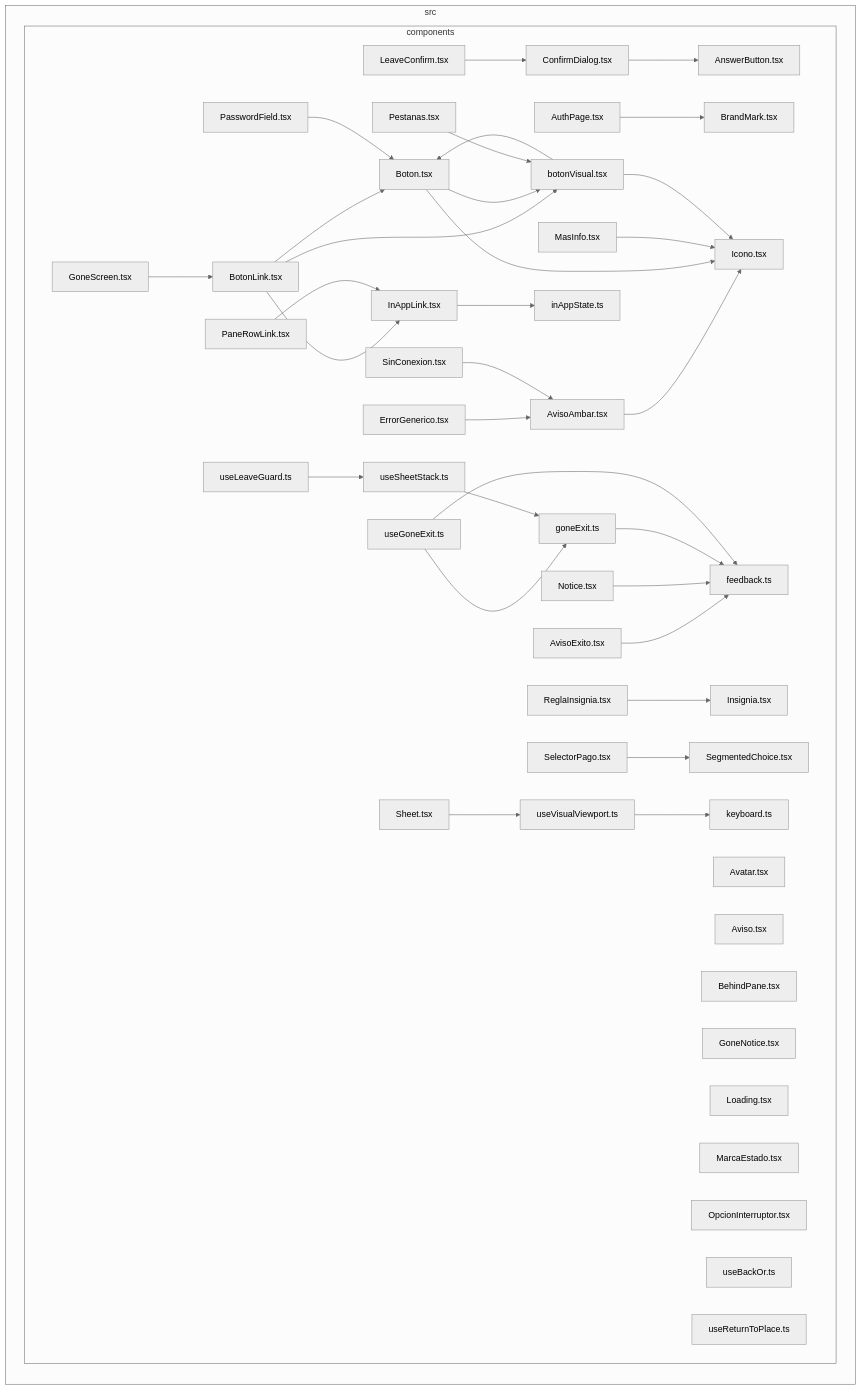
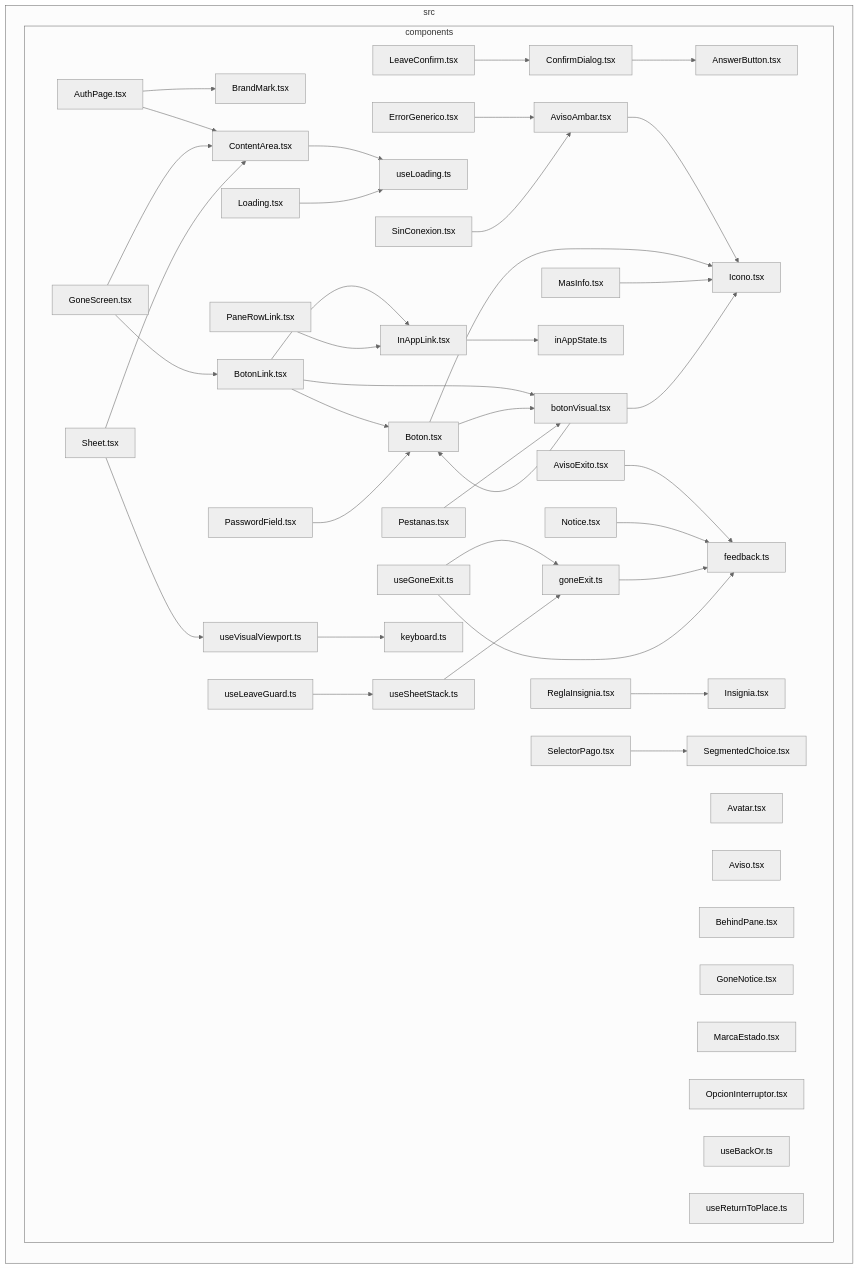
The diagram in docs/architecture/generated/front-modules/components.md (GonzaloZevallos/apostrophe), drawn with Mermaid (neutral theme) before and after one commit.

Commit message:
Regenerate the components module graph for ContentArea and useLoading

```diff
--- a/docs/architecture/generated/front-modules/components.md
+++ b/docs/architecture/generated/front-modules/components.md
@@ -19,6 +19,7 @@
     src_components_Boton_tsx["Boton.tsx"]
     src_components_BrandMark_tsx["BrandMark.tsx"]
     src_components_ConfirmDialog_tsx["ConfirmDialog.tsx"]
+    src_components_ContentArea_tsx["ContentArea.tsx"]
     src_components_ErrorGenerico_tsx["ErrorGenerico.tsx"]
     src_components_GoneNotice_tsx["GoneNotice.tsx"]
     src_components_GoneScreen_tsx["GoneScreen.tsx"]
@@ -47,12 +48,14 @@
     src_components_useBackOr_ts["useBackOr.ts"]
     src_components_useGoneExit_ts["useGoneExit.ts"]
     src_components_useLeaveGuard_ts["useLeaveGuard.ts"]
+    src_components_useLoading_ts["useLoading.ts"]
     src_components_useReturnToPlace_ts["useReturnToPlace.ts"]
     src_components_useSheetStack_ts["useSheetStack.ts"]
     src_components_useVisualViewport_ts["useVisualViewport.ts"]
   end
 end
 src_components_AuthPage_tsx-->src_components_BrandMark_tsx
+src_components_AuthPage_tsx-->src_components_ContentArea_tsx
 src_components_AvisoAmbar_tsx-->src_components_Icono_tsx
 src_components_AvisoExito_tsx-->src_components_feedback_ts
 src_components_BotonLink_tsx-->src_components_Boton_tsx
@@ -61,10 +64,13 @@
 src_components_Boton_tsx-->src_components_Icono_tsx
 src_components_Boton_tsx-->src_components_botonVisual_tsx
 src_components_ConfirmDialog_tsx-->src_components_AnswerButton_tsx
+src_components_ContentArea_tsx-->src_components_useLoading_ts
 src_components_ErrorGenerico_tsx-->src_components_AvisoAmbar_tsx
 src_components_GoneScreen_tsx-->src_components_BotonLink_tsx
+src_components_GoneScreen_tsx-->src_components_ContentArea_tsx
 src_components_InAppLink_tsx-->src_components_inAppState_ts
 src_components_LeaveConfirm_tsx-->src_components_ConfirmDialog_tsx
+src_components_Loading_tsx-->src_components_useLoading_ts
 src_components_MasInfo_tsx-->src_components_Icono_tsx
 src_components_Notice_tsx-->src_components_feedback_ts
 src_components_PaneRowLink_tsx-->src_components_InAppLink_tsx
@@ -72,6 +78,7 @@
 src_components_Pestanas_tsx-->src_components_botonVisual_tsx
 src_components_ReglaInsignia_tsx-->src_components_Insignia_tsx
 src_components_SelectorPago_tsx-->src_components_SegmentedChoice_tsx
+src_components_Sheet_tsx-->src_components_ContentArea_tsx
 src_components_Sheet_tsx-->src_components_useVisualViewport_ts
 src_components_SinConexion_tsx-->src_components_AvisoAmbar_tsx
 src_components_botonVisual_tsx-->src_components_Boton_tsx
```
